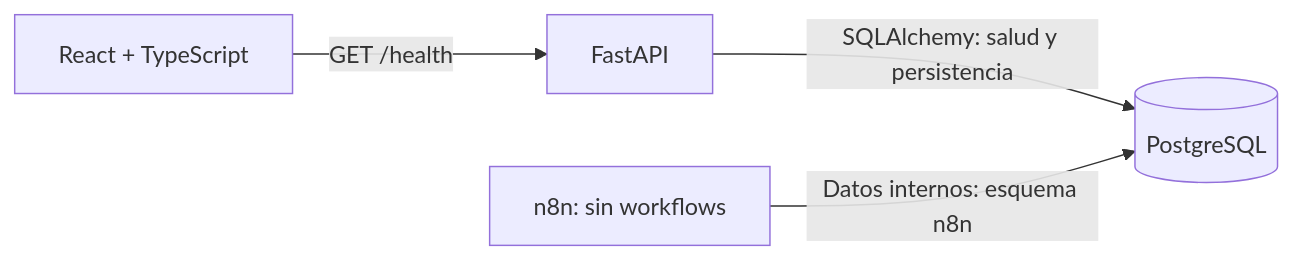
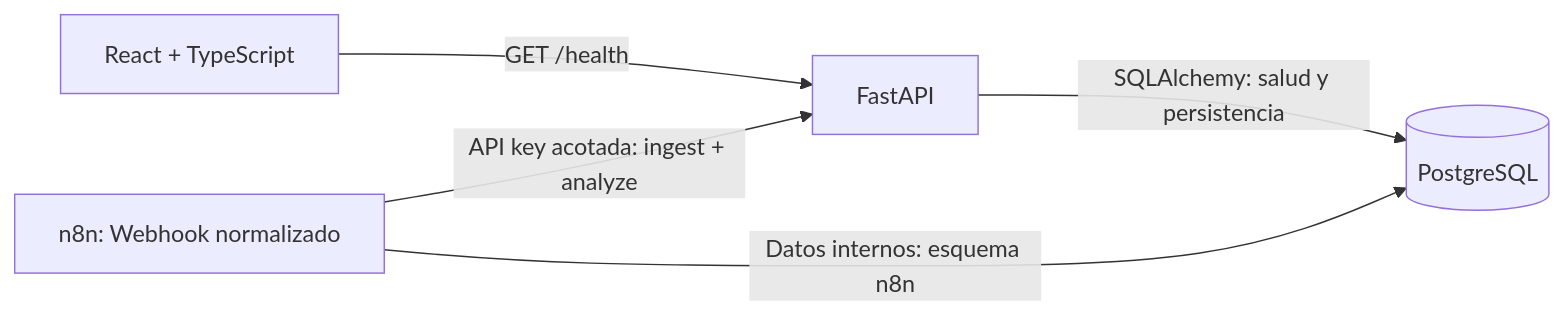
One commit to xBiltTom/bec-guard changed the first of 2 diagrams in docs/architecture.md. Above: the diagram before and after it, drawn with Mermaid. The commit also changed other lines of this file and 11 other files, not shown here.

````diff
--- a/docs/architecture.md
+++ b/docs/architecture.md
@@ -20,6 +20,7 @@
 ```mermaid
 flowchart LR
     Browser[React + TypeScript] -->|GET /health| API[FastAPI]
     API -->|SQLAlchemy: salud y persistencia| DB[(PostgreSQL)]
-    N8N[n8n: sin workflows] -->|Datos internos: esquema n8n| DB
+    N8N[n8n: Webhook normalizado] -->|API key acotada: ingest + analyze| API
+    N8N -->|Datos internos: esquema n8n| DB
 ```
````
